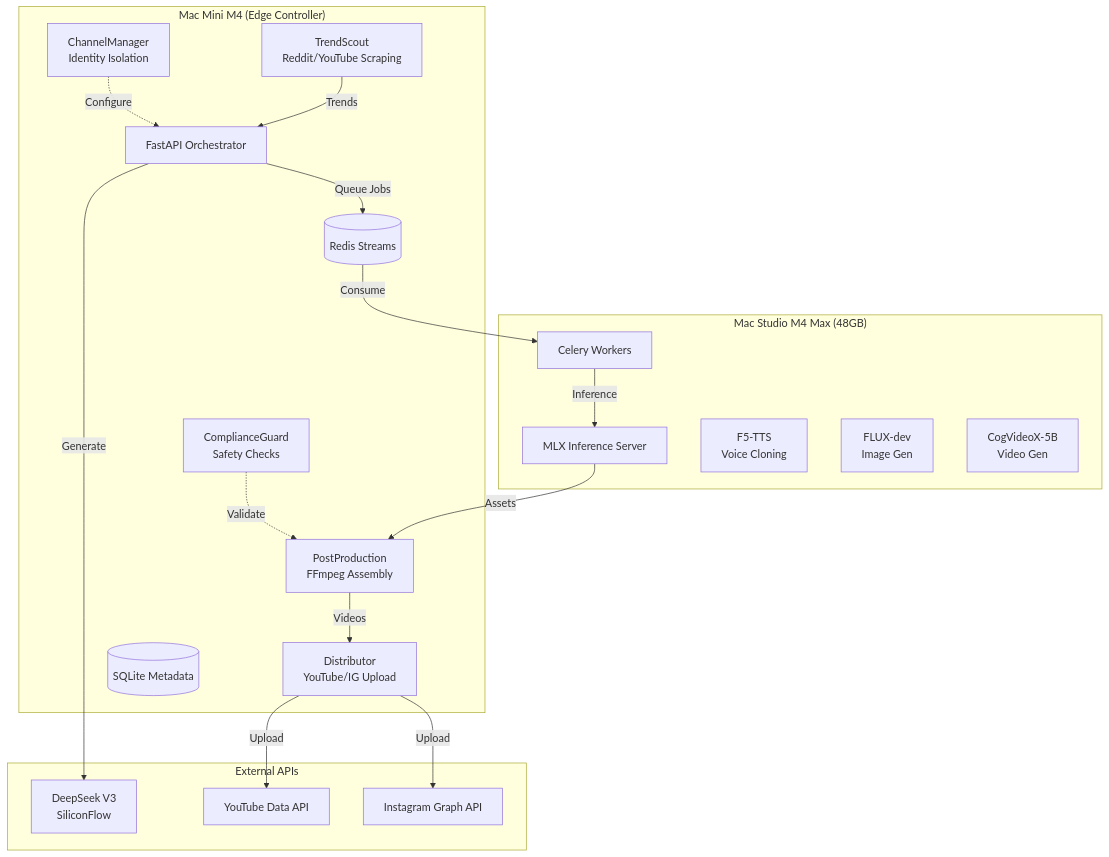
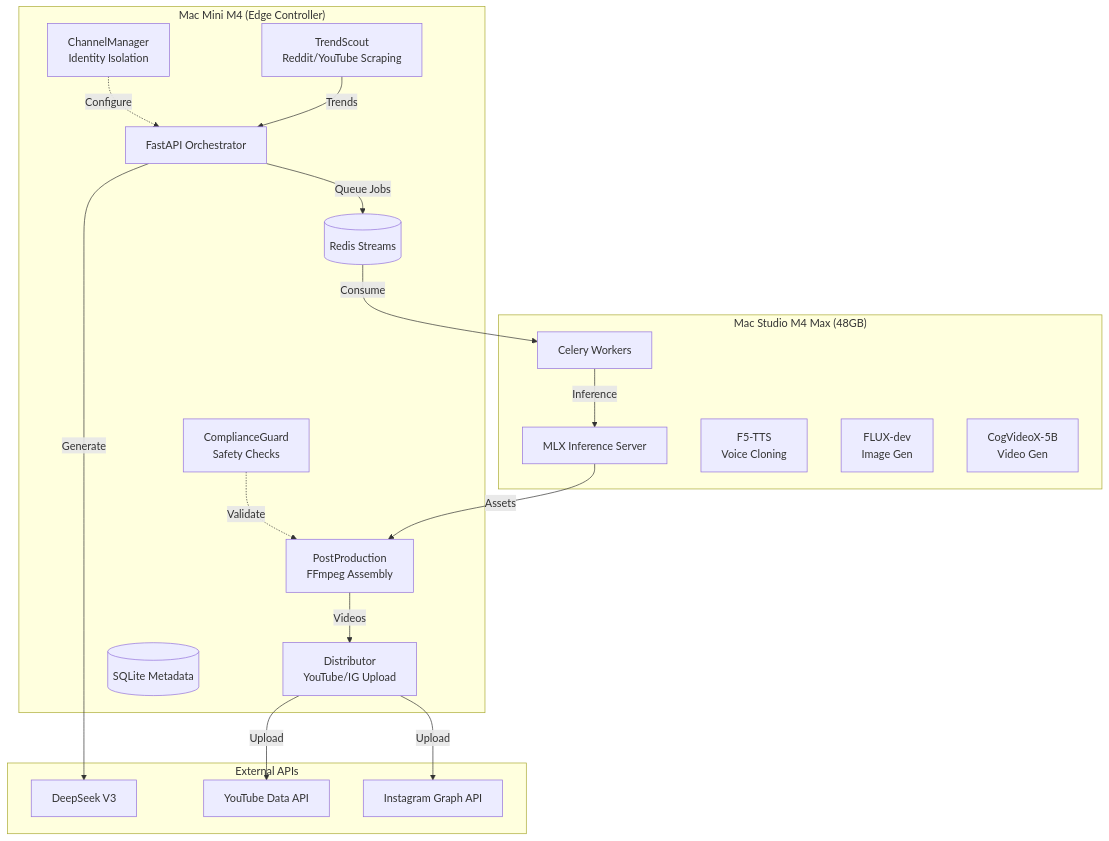
One commit to youwenshao/monolathe changed the diagram in README.md. Above: the diagram before and after it, drawn with Mermaid. The commit also changed other lines of this file and 4 other files, not shown here.

First line of the commit message:
Update DeepSeek API configuration and references

````diff
--- a/README.md
+++ b/README.md
@@ -24,39 +24,39 @@
 ```mermaid
 graph TB
     subgraph "Mac Mini M4 (Edge Controller)"
         API[FastAPI Orchestrator]
         TS[TrendScout<br/>Reddit/YouTube Scraping]
         CM[ChannelManager<br/>Identity Isolation]
         PP[PostProduction<br/>FFmpeg Assembly]
         DIST[Distributor<br/>YouTube/IG Upload]
         CG[ComplianceGuard<br/>Safety Checks]
         Redis[(Redis Streams)]
         SQLite[(SQLite Metadata)]
     end
     
     subgraph "Mac Studio M4 Max (48GB)"
         MLX[MLX Inference Server]
         CEL[Celery Workers]
         F5[F5-TTS<br/>Voice Cloning]
         FLUX[FLUX-dev<br/>Image Gen]
         Cog[CogVideoX-5B<br/>Video Gen]
     end
     
     subgraph "External APIs"
-        DS[DeepSeek V3<br/>SiliconFlow]
+        DS[DeepSeek V3]
         YT[YouTube Data API]
         IG[Instagram Graph API]
     end
     
     TS -->|Trends| API
     API -->|Generate| DS
     API -->|Queue Jobs| Redis
     Redis -->|Consume| CEL
     CEL -->|Inference| MLX
     MLX -->|Assets| PP
     PP -->|Videos| DIST
     DIST -->|Upload| YT
     DIST -->|Upload| IG
     CG -.->|Validate| PP
     CM -.->|Configure| API
 ```
````
